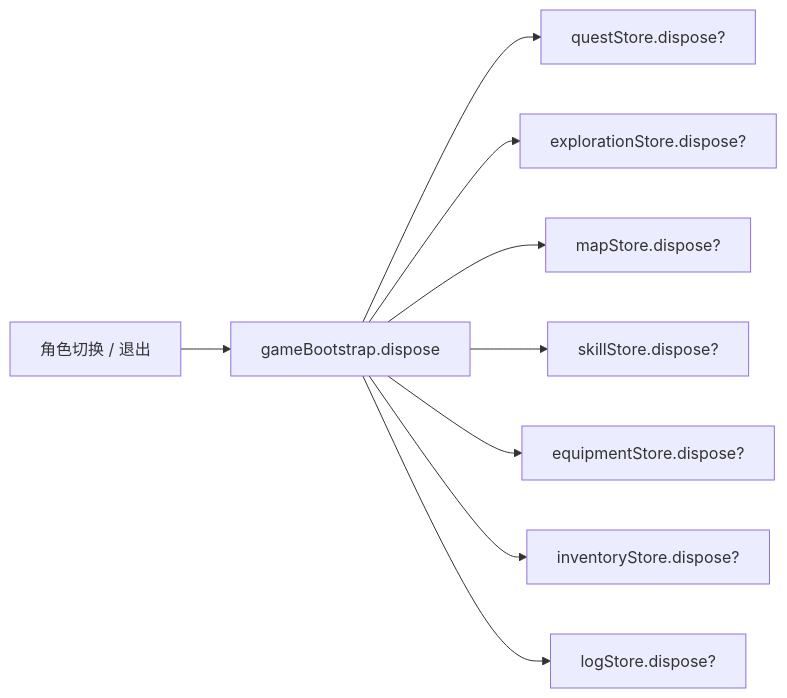
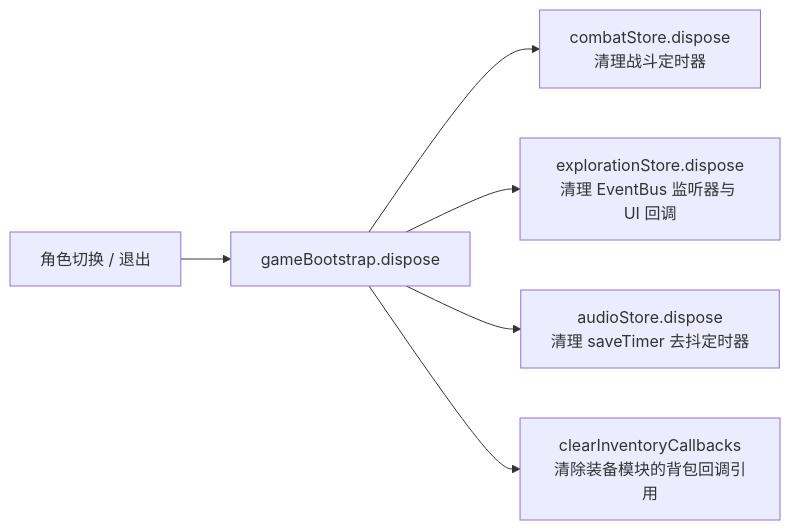
One commit to SonDemigods/wow_dnd changed diagram 13 of 17 in doc/project/BUSINESS_PROCESSES.md. Above: the diagram before and after it, drawn with Mermaid. The commit also changed other lines of this file and 4 other files, not shown here.

````diff
--- a/doc/project/BUSINESS_PROCESSES.md
+++ b/doc/project/BUSINESS_PROCESSES.md
@@ -802,11 +799,8 @@
 ```mermaid
 flowchart LR
     Exit[角色切换 / 退出] --> Dispose[gameBootstrap.dispose]
-    Dispose --> Q[questStore.dispose?]
-    Dispose --> E[explorationStore.dispose?]
-    Dispose --> M[mapStore.dispose?]
-    Dispose --> S[skillStore.dispose?]
-    Dispose --> Eq[equipmentStore.dispose?]
-    Dispose --> I[inventoryStore.dispose?]
-    Dispose --> L[logStore.dispose?]
+    Dispose --> Combat[combatStore.dispose<br/>清理战斗定时器]
+    Dispose --> Exp[explorationStore.dispose<br/>清理 EventBus 监听器与 UI 回调]
+    Dispose --> Audio[audioStore.dispose<br/>清理 saveTimer 去抖定时器]
+    Dispose --> ClearCb[clearInventoryCallbacks<br/>清除装备模块的背包回调引用]
 ```
````
